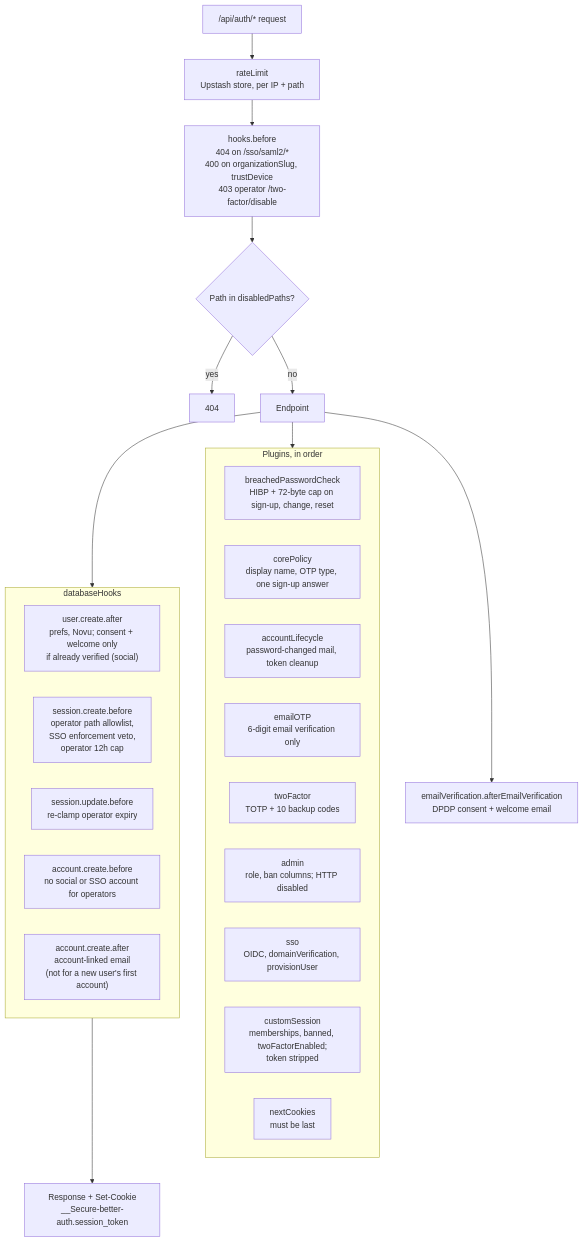
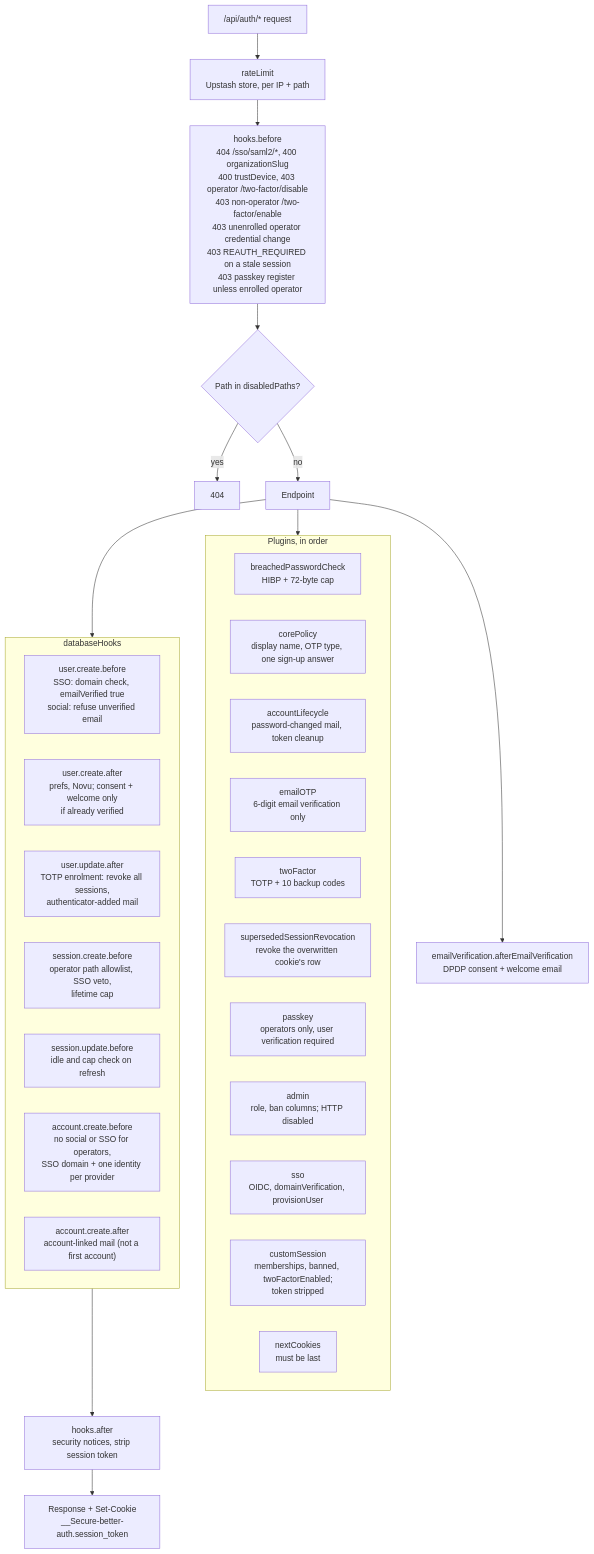
Before and after one commit to Practitionist/familiarise_web: the first of 12 diagrams in docs/authentication/architecture.md, drawn with Mermaid. The commit also changed other lines of this file and 34 other files, not shown here.

````diff
--- a/docs/authentication/architecture.md
+++ b/docs/authentication/architecture.md
@@ -27,35 +31,39 @@
 ```mermaid
 flowchart TD
   REQ["/api/auth/* request"] --> RL["rateLimit<br/>Upstash store, per IP + path"]
-  RL --> HB["hooks.before<br/>404 on /sso/saml2/*<br/>400 on organizationSlug, trustDevice<br/>403 operator /two-factor/disable"]
+  RL --> HB["hooks.before<br/>404 /sso/saml2/*, 400 organizationSlug<br/>400 trustDevice, 403 operator /two-factor/disable<br/>403 non-operator /two-factor/enable<br/>403 unenrolled operator credential change<br/>403 REAUTH_REQUIRED on a stale session<br/>403 passkey register unless enrolled operator"]
   HB --> DP{"Path in disabledPaths?"}
   DP -- yes --> X404["404"]
   DP -- no --> EP["Endpoint"]
 
   subgraph Plugins["Plugins, in order"]
-    P1["breachedPasswordCheck<br/>HIBP + 72-byte cap on sign-up, change, reset"]
-    P1a["corePolicy<br/>display name, OTP type, one sign-up answer"]
-    P1b["accountLifecycle<br/>password-changed mail, token cleanup"]
-    P1c["emailOTP<br/>6-digit email verification only"]
-    P2["twoFactor<br/>TOTP + 10 backup codes"]
-    P3["admin<br/>role, ban columns; HTTP disabled"]
-    P4["sso<br/>OIDC, domainVerification, provisionUser"]
-    P5["customSession<br/>memberships, banned, twoFactorEnabled;<br/>token stripped"]
-    P6["nextCookies<br/>must be last"]
+    P1["breachedPasswordCheck<br/>HIBP + 72-byte cap"]
+    P2["corePolicy<br/>display name, OTP type, one sign-up answer"]
+    P3["accountLifecycle<br/>password-changed mail, token cleanup"]
+    P4["emailOTP<br/>6-digit email verification only"]
+    P5["twoFactor<br/>TOTP + 10 backup codes"]
+    P6["supersededSessionRevocation<br/>revoke the overwritten cookie's row"]
+    P7["passkey<br/>operators only, user verification required"]
+    P8["admin<br/>role, ban columns; HTTP disabled"]
+    P9["sso<br/>OIDC, domainVerification, provisionUser"]
+    P10["customSession<br/>memberships, banned, twoFactorEnabled;<br/>token stripped"]
+    P11["nextCookies<br/>must be last"]
   end
 
   EP --> Plugins
   EP --> DBH
 
   subgraph DBH["databaseHooks"]
-    H1["user.create.after<br/>prefs, Novu; consent + welcome only<br/>if already verified (social)"]
-    H2["session.create.before<br/>operator path allowlist,<br/>SSO enforcement veto,<br/>operator 12h cap"]
-    H3["session.update.before<br/>re-clamp operator expiry"]
-    H4["account.create.before<br/>no social or SSO account for operators"]
-    H5["account.create.after<br/>account-linked email<br/>(not for a new user's first account)"]
+    H0["user.create.before<br/>SSO: domain check, emailVerified true<br/>social: refuse unverified email"]
+    H1["user.create.after<br/>prefs, Novu; consent + welcome only<br/>if already verified"]
+    H1a["user.update.after<br/>TOTP enrolment: revoke all sessions,<br/>authenticator-added mail"]
+    H2["session.create.before<br/>operator path allowlist, SSO veto,<br/>lifetime cap"]
+    H3["session.update.before<br/>idle and cap check on refresh"]
+    H4["account.create.before<br/>no social or SSO for operators,<br/>SSO domain + one identity per provider"]
+    H5["account.create.after<br/>account-linked mail (not a first account)"]
   end
 
   EP --> EV["emailVerification.afterEmailVerification<br/>DPDP consent + welcome email"]
-
-  DBH --> RESP["Response + Set-Cookie<br/>__Secure-better-auth.session_token"]
+  DBH --> HA["hooks.after<br/>security notices, strip session token"]
+  HA --> RESP["Response + Set-Cookie<br/>__Secure-better-auth.session_token"]
 ```
````
